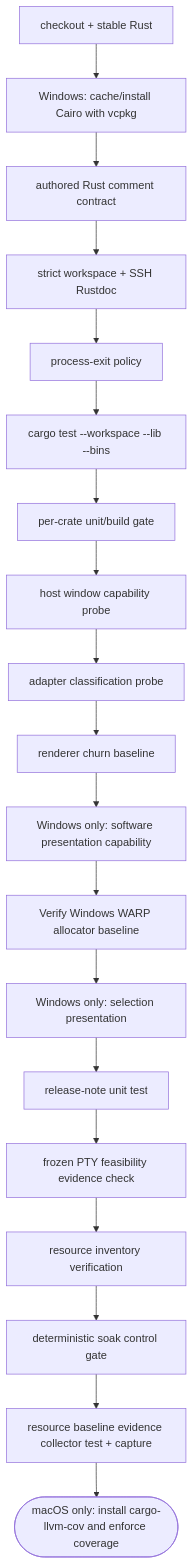
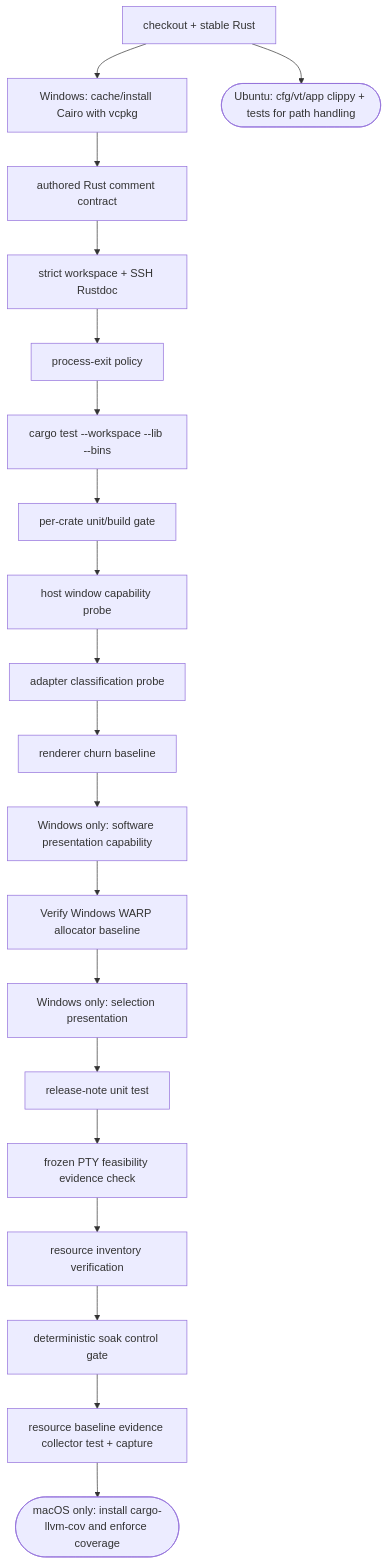
Before and after one commit to D0n9X1n/SonicTerm: the first of 4 diagrams in wiki/Development-and-Release.md, drawn with Mermaid. The commit also changed other lines of this file and 29 other files, not shown here.

````diff
--- a/wiki/Development-and-Release.md
+++ b/wiki/Development-and-Release.md
@@ -159,41 +160,43 @@
 ```mermaid
 flowchart TD
     checkout["checkout + stable Rust"]
     cairo["Windows: cache/install Cairo with vcpkg"]
     comments["authored Rust comment contract"]
     rustdoc["strict workspace + SSH Rustdoc"]
     exitpolicy["process-exit policy"]
     wstest["cargo test --workspace --lib --bins"]
     percrate["per-crate unit/build gate"]
     hostprobe["host window capability probe"]
     adapterprobe["adapter classification probe"]
     churn["renderer churn baseline"]
     softpresent["Windows only: software presentation capability"]
     warp["Verify Windows WARP allocator baseline"]
     selection["Windows only: selection presentation"]
     notes["release-note unit test"]
     pty["frozen PTY feasibility evidence check"]
     inventory["resource inventory verification"]
     soak["deterministic soak control gate"]
     baseline["resource baseline evidence collector test + capture"]
     coverage(["macOS only: install cargo-llvm-cov and enforce coverage"])
+    linux(["Ubuntu: cfg/vt/app clippy + tests for path handling"])
 
     checkout --> cairo
+    checkout --> linux
     cairo --> comments
     comments --> rustdoc
     rustdoc --> exitpolicy
     exitpolicy --> wstest
     wstest --> percrate
     percrate --> hostprobe
     hostprobe --> adapterprobe
     adapterprobe --> churn
     churn --> softpresent
     softpresent --> warp
     warp --> selection
     selection --> notes
     notes --> pty
     pty --> inventory
     inventory --> soak
     soak --> baseline
     baseline --> coverage
 ```
````
